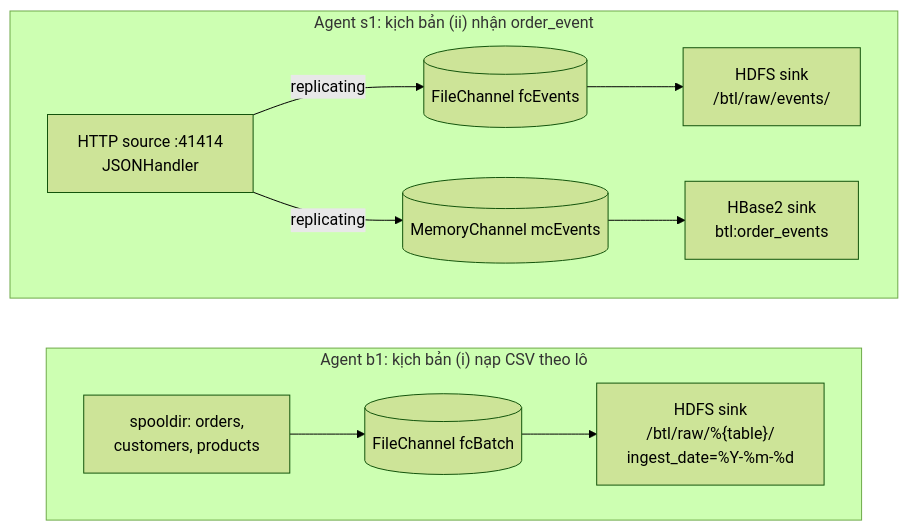
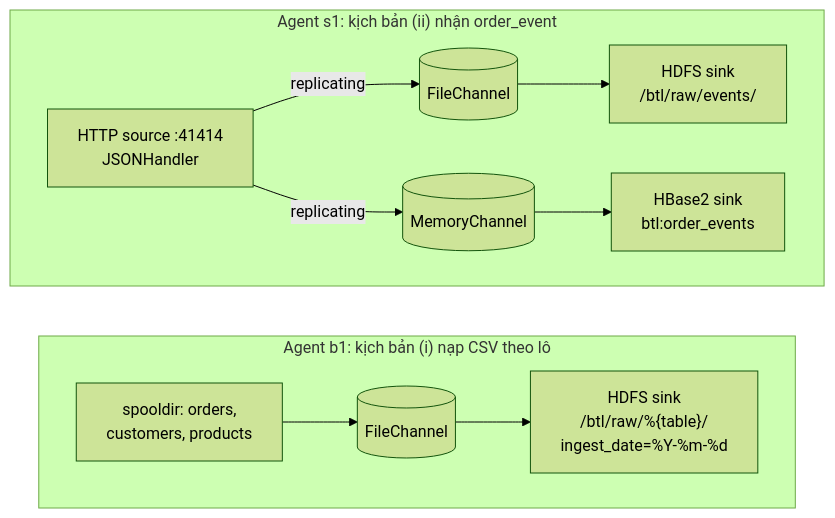
One commit to ariushieu/ecommerce-bigdata-pipeline changed the second of 2 diagrams in report/sections/33-pipeline.md. Above: the diagram before and after it, drawn with Mermaid (forest theme). The commit also changed other lines of this file and 32 other files, not shown here.

````diff
--- a/report/sections/33-pipeline.md
+++ b/report/sections/33-pipeline.md
@@ -60,15 +34,15 @@
 ```mermaid
 flowchart LR
   subgraph A1["Agent b1: kịch bản (i) nạp CSV theo lô"]
     direction LR
-    SO["spooldir: orders,<br/>customers, products"] --> FC1[("FileChannel fcBatch")]
+    SO["spooldir: orders,<br/>customers, products"] --> FC1[("FileChannel")]
     FC1 --> HS1["HDFS sink<br/>/btl/raw/%{table}/<br/>ingest_date=%Y-%m-%d"]
   end
   subgraph A2["Agent s1: kịch bản (ii) nhận order_event"]
     direction LR
-    HT["HTTP source :41414<br/>JSONHandler"] -->|"replicating"| FC2[("FileChannel fcEvents")]
-    HT -->|"replicating"| MC2[("MemoryChannel mcEvents")]
+    HT["HTTP source :41414<br/>JSONHandler"] -->|"replicating"| FC2[("FileChannel")]
+    HT -->|"replicating"| MC2[("MemoryChannel")]
     FC2 --> HS2["HDFS sink<br/>/btl/raw/events/"]
     MC2 --> HB2["HBase2 sink<br/>btl:order_events"]
   end
 ```
````
